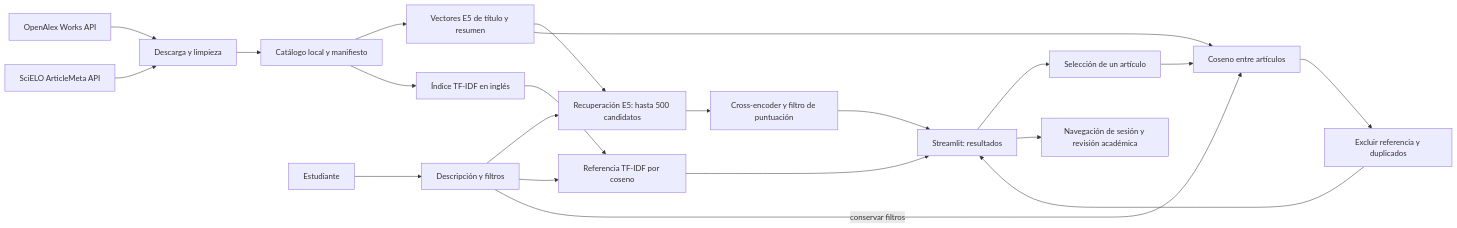
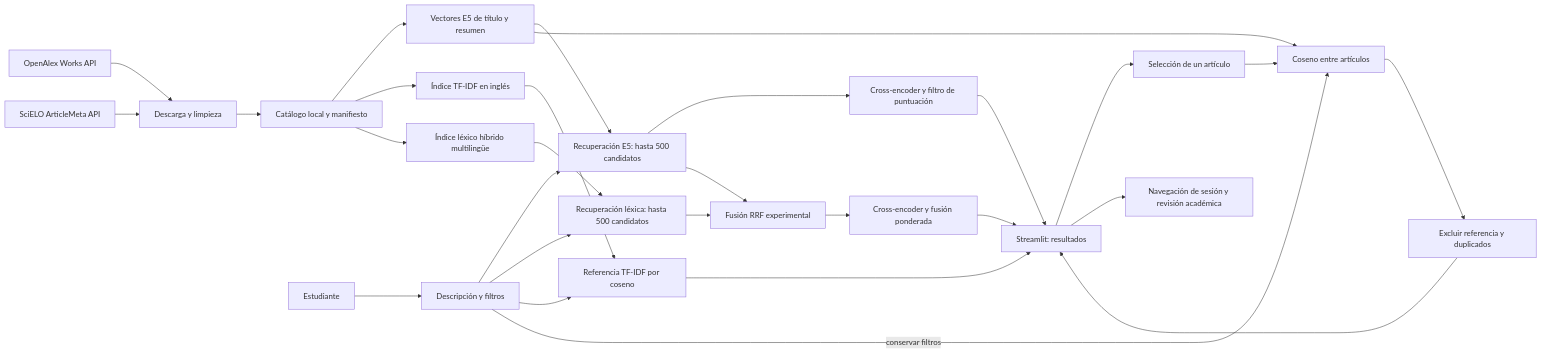
Before and after one commit to Sebas41/SistemaRecomendador: the diagram in docs/arquitectura.mmd, drawn with Mermaid. The commit also changed 2 other files, not shown here.

```diff
--- a/docs/arquitectura.mmd
+++ b/docs/arquitectura.mmd
@@ -1,21 +1,28 @@
 flowchart LR
     A[OpenAlex Works API] --> B[Descarga y limpieza]
     S[SciELO ArticleMeta API] --> B
     B --> D[Catálogo local y manifiesto]
     D --> V[Vectores E5 de título y resumen]
     D --> T[Índice TF-IDF en inglés]
+    D --> Y[Índice léxico híbrido multilingüe]
     U[Estudiante] --> E[Descripción y filtros]
     E --> H[Recuperación E5: hasta 500 candidatos]
     V --> H
     H --> I[Cross-encoder y filtro de puntuación]
+    E --> R[Recuperación léxica: hasta 500 candidatos]
+    Y --> R
+    H --> F[Fusión RRF experimental]
+    R --> F
+    F --> J[Cross-encoder y fusión ponderada]
     E --> L[Referencia TF-IDF por coseno]
     T --> L
     I --> M[Streamlit: resultados]
+    J --> M
     L --> M
     M --> P[Selección de un artículo]
     P --> Q[Coseno entre artículos]
     V --> Q
     E -->|conservar filtros| Q
     Q --> X[Excluir referencia y duplicados]
     X --> M
     M --> N[Navegación de sesión y revisión académica]
```
